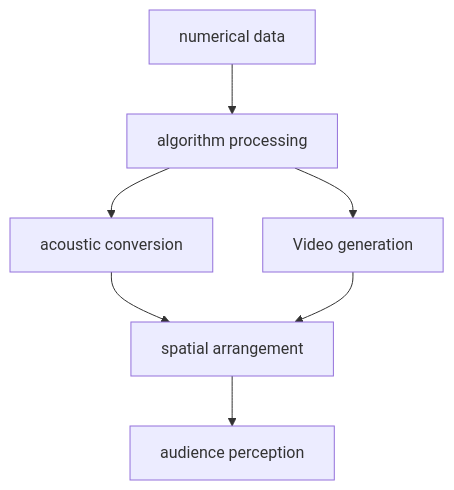
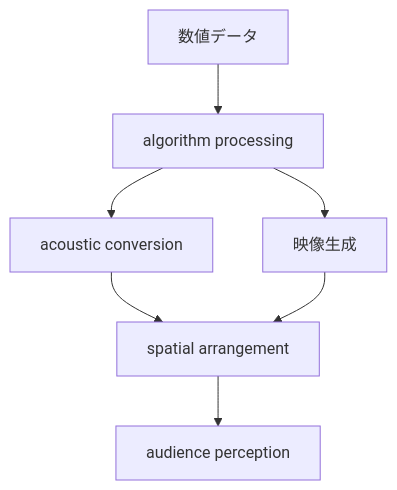
One commit to monumental-movement/monumental-movement.github.io changed the first of 8 diagrams in en/_posts/2026-04-18-column-ryoji-ikeda.md. Above: the diagram before and after it, drawn with Mermaid. The commit also changed other lines of this file and 1012 other files, not shown here.

```diff
--- a/en/_posts/2026-04-18-column-ryoji-ikeda.md
+++ b/en/_posts/2026-04-18-column-ryoji-ikeda.md
@@ -71,9 +71,9 @@
 <div class="mermaid">
 graph TD
-A[numerical data] --> B[algorithm processing]
+A[数値データ] --> B[algorithm processing]
 B --> C[acoustic conversion]
-B --> D[Video generation]
+B --> D[映像生成]
 C --> E[spatial arrangement]
 D --> E
 E --> F[audience perception]
 </div>
```
